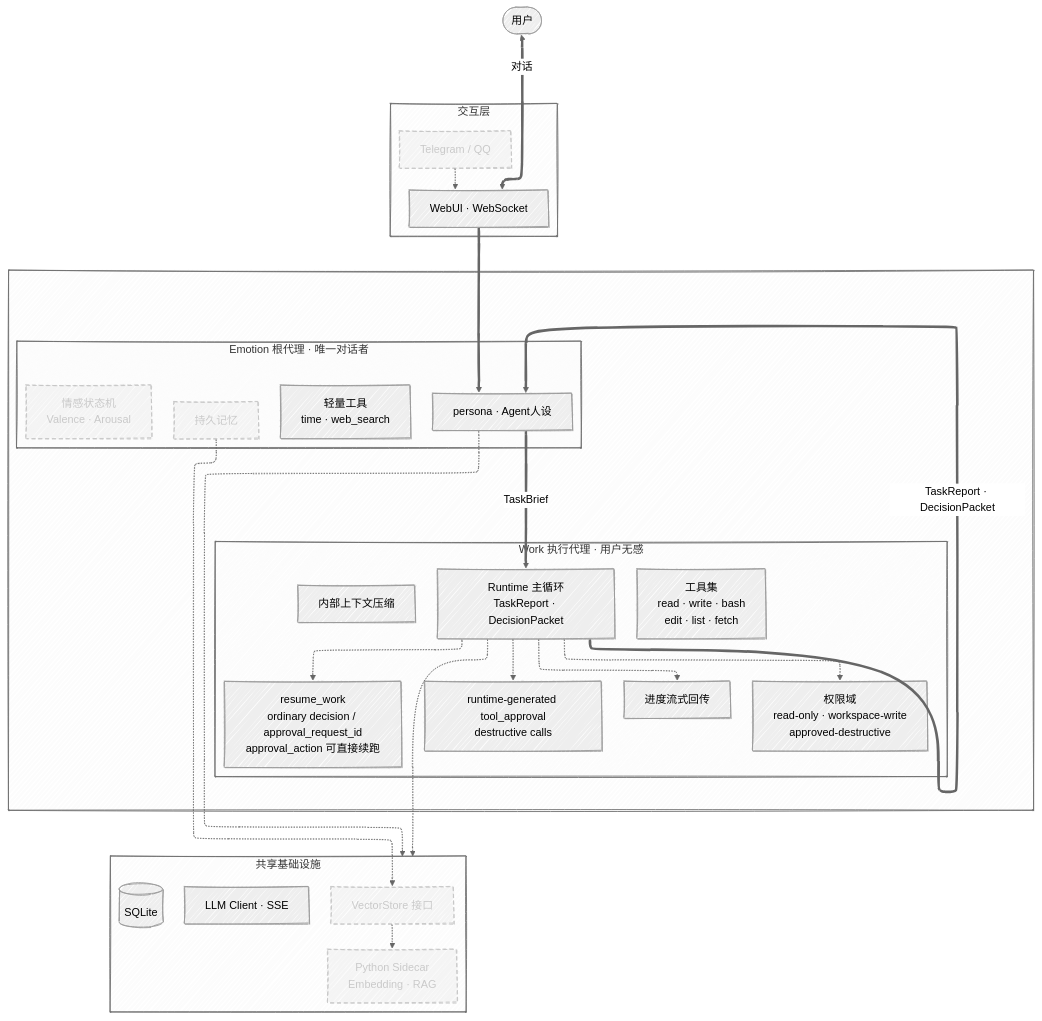
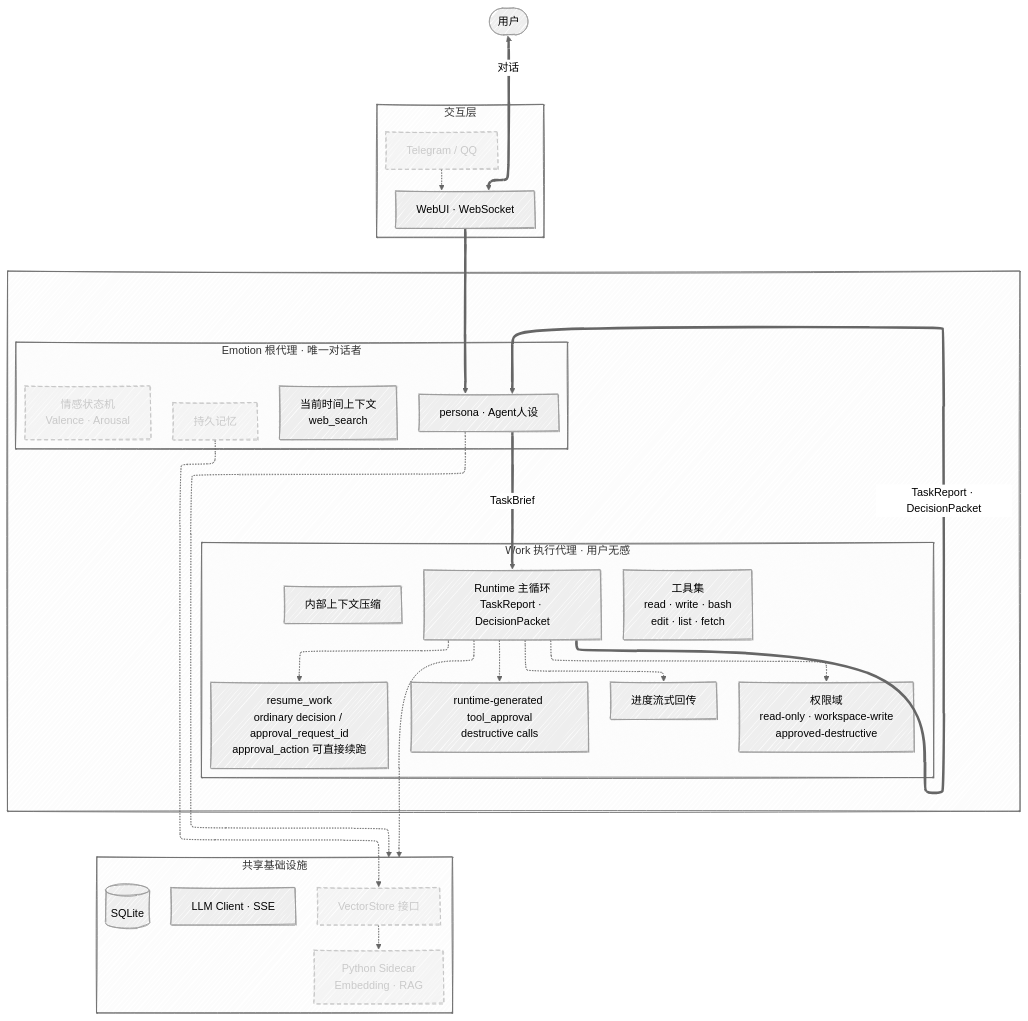
The first of 2 diagrams in README.md (LongYiSang/EmoAgent), drawn with Mermaid before and after one commit. The commit also changed 15 other files, not shown here.

````diff
--- a/README.md
+++ b/README.md
@@ -21,66 +21,66 @@
 ```mermaid
 ---
 config:
   look: handDrawn
   layout: elk
   theme: neutral
 ---
 flowchart TB
   User(["用户"])
 
   subgraph L4["交互层"]
     direction LR
     WebUI["WebUI · WebSocket"]
     TG["Telegram / QQ"]
   end
 
   subgraph Cores[" "]
     direction LR
 
     subgraph E[" Emotion 根代理 · 唯一对话者"]
       direction TB
       E_core[" persona · Agent人设"]
-      E_tool["轻量工具<br/>time · web_search"]
+      E_tool["当前时间上下文<br/>web_search"]
       E_mem["持久记忆"]
       E_emo["情感状态机<br/>Valence · Arousal"]
     end
 
     subgraph W["Work 执行代理 · 用户无感"]
       direction TB
       W_core["Runtime 主循环<br/>TaskReport · DecisionPacket"]
       W_tool["工具集<br/>read · write · bash<br/>edit · list · fetch"]
       W_perm["权限域<br/>read-only · workspace-write<br/>approved-destructive"]
       W_approval["runtime-generated tool_approval<br/>destructive calls"]
       W_resume["resume_work<br/>ordinary decision / approval_request_id<br/>approval_action 可直接续跑"]
       W_stream["进度流式回传"]
       W_cmp["内部上下文压缩"]
   end
   end
 
   subgraph L0["共享基础设施"]
     direction LR
     LLM["LLM Client · SSE"]
     DB[("SQLite")]
     VS["VectorStore 接口"]
     PY["Python Sidecar<br/>Embedding · RAG"]
   end
 
   User <==>|对话| WebUI
   TG -.-> WebUI
 
   WebUI ==> E_core
   E_core ==>|TaskBrief| W_core
   W_core ==>|TaskReport · DecisionPacket| E_core
   W_core -.-> W_perm
   W_core -.-> W_approval
   W_core -.-> W_resume
   W_core -.-> W_stream
 
   E_core -.-> L0
   W_core -.-> L0
   E_mem -.-> VS
   VS -.-> PY
 
   classDef planned stroke-dasharray: 6 4,opacity:0.55,color:#666
   class TG,E_mem,E_emo,VS,PY planned
 ```
````
